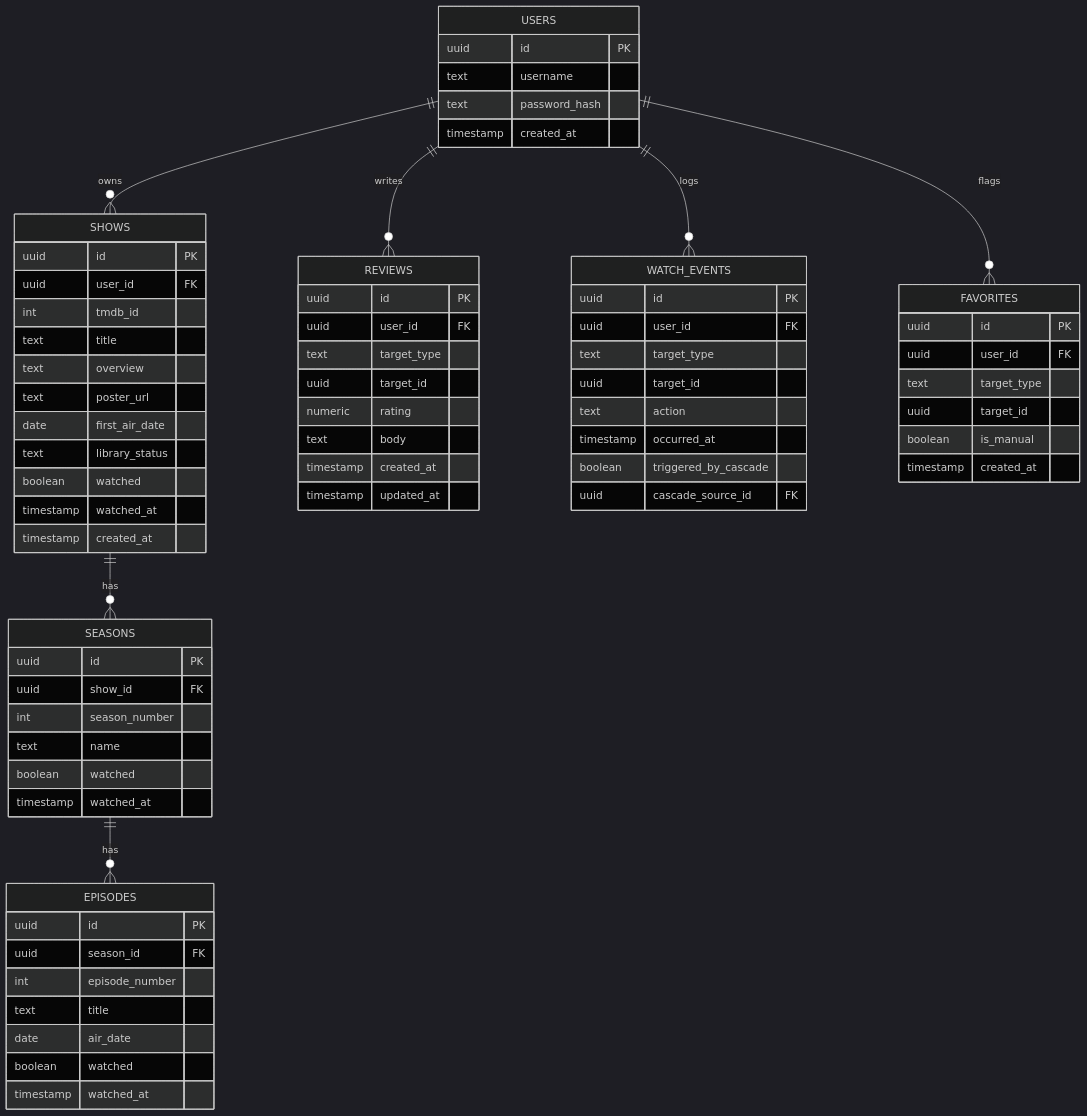
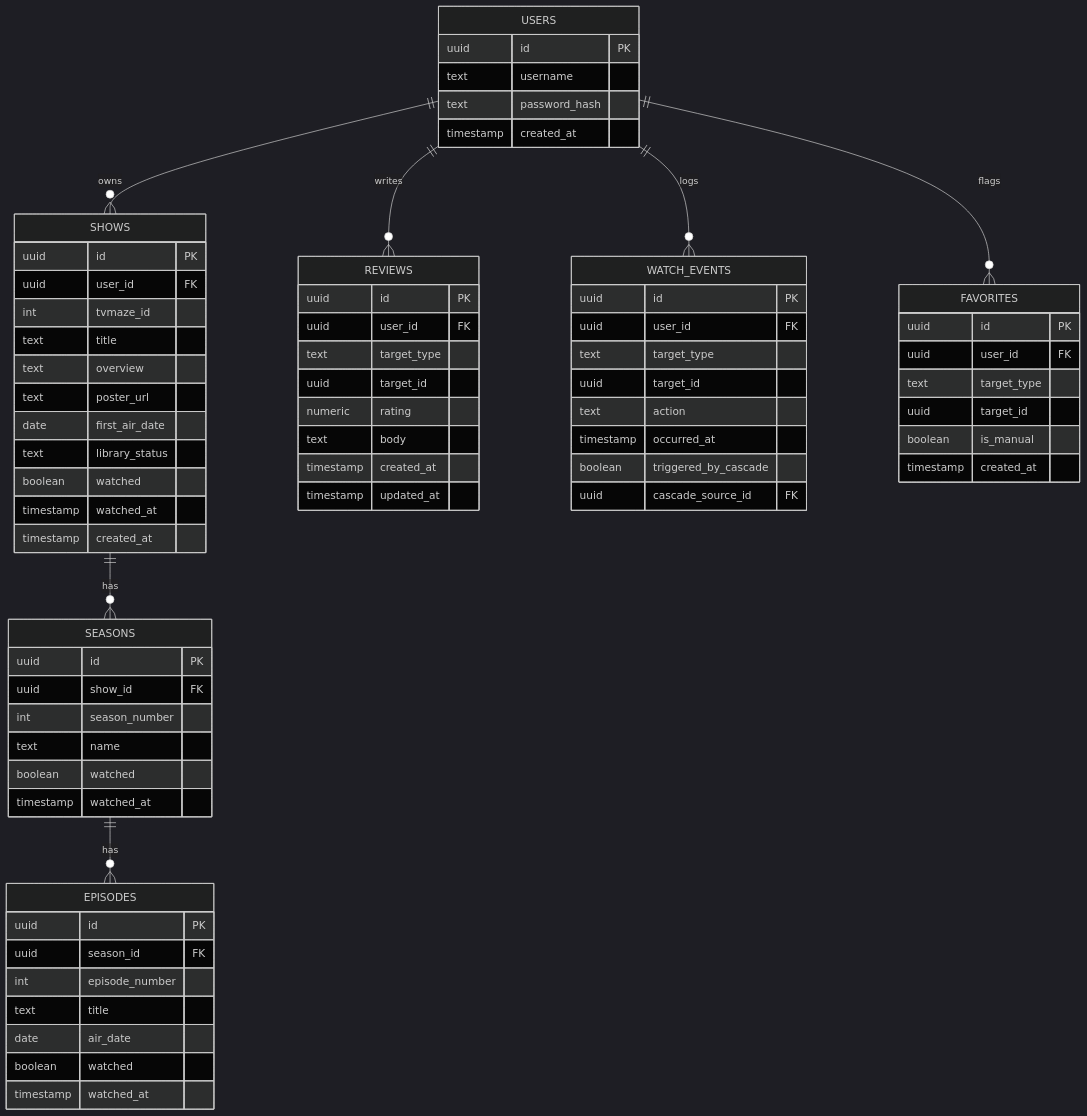
The second of 4 diagrams in docs/ARCHITECTURE.md (CaptainCluster/shogunate), drawn with Mermaid (dark theme) before and after one commit. The commit also changed other lines of this file and 13 other files, not shown here.

First line of the commit message:
docs(show): replace TMDB with TVmaze across specs and documentation

````diff
--- a/docs/ARCHITECTURE.md
+++ b/docs/ARCHITECTURE.md
@@ -118,74 +118,74 @@
 ```mermaid
 erDiagram
     USERS ||--o{ SHOWS : owns
     SHOWS ||--o{ SEASONS : has
     SEASONS ||--o{ EPISODES : has
     USERS ||--o{ REVIEWS : writes
     USERS ||--o{ WATCH_EVENTS : logs
     USERS ||--o{ FAVORITES : flags
 
     USERS {
         uuid id PK
         text username
         text password_hash
         timestamp created_at
     }
     SHOWS {
         uuid id PK
         uuid user_id FK
-        int tmdb_id
+        int tvmaze_id
         text title
         text overview
         text poster_url
         date first_air_date
         text library_status
         boolean watched
         timestamp watched_at
         timestamp created_at
     }
     SEASONS {
         uuid id PK
         uuid show_id FK
         int season_number
         text name
         boolean watched
         timestamp watched_at
     }
     EPISODES {
         uuid id PK
         uuid season_id FK
         int episode_number
         text title
         date air_date
         boolean watched
         timestamp watched_at
     }
     REVIEWS {
         uuid id PK
         uuid user_id FK
         text target_type
         uuid target_id
         numeric rating
         text body
         timestamp created_at
         timestamp updated_at
     }
     WATCH_EVENTS {
         uuid id PK
         uuid user_id FK
         text target_type
         uuid target_id
         text action
         timestamp occurred_at
         boolean triggered_by_cascade
         uuid cascade_source_id FK
     }
     FAVORITES {
         uuid id PK
         uuid user_id FK
         text target_type
         uuid target_id
         boolean is_manual
         timestamp created_at
     }
 ```
````
